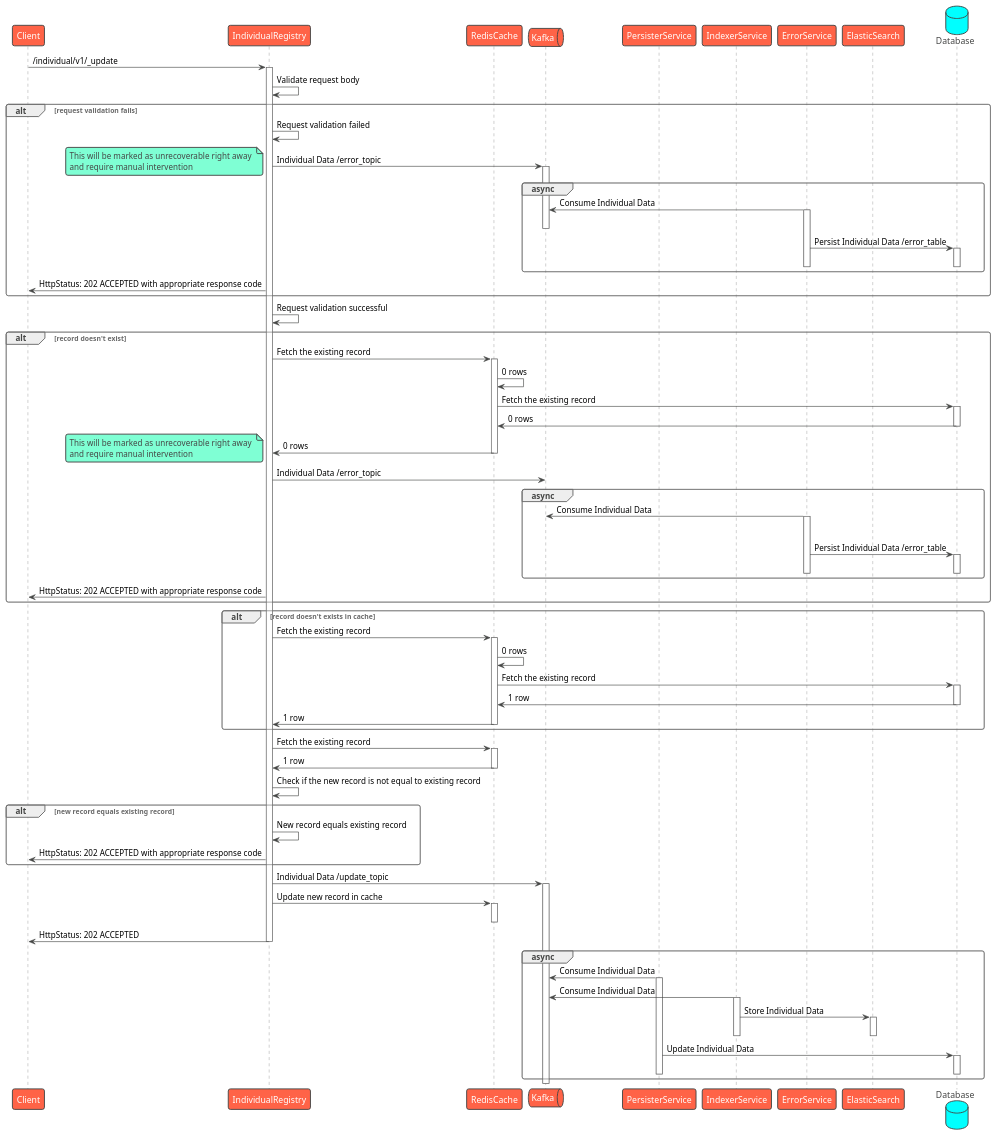
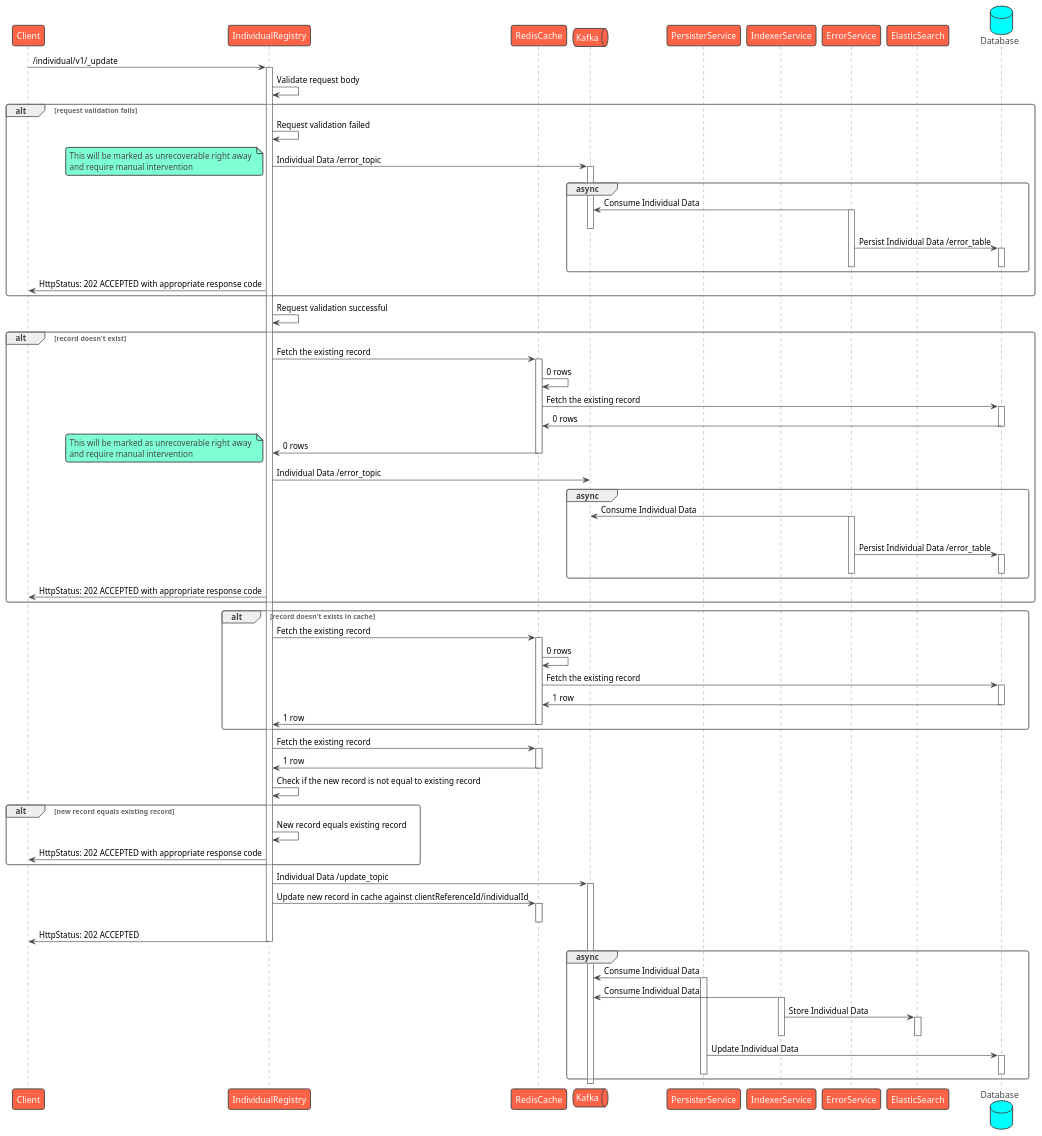
One commit to egovernments/health-api-specs changed the diagram in contracts/registries/individual/sequence/update.puml. Above: the diagram before and after it, drawn with PlantUML. The commit also changed 5 other files, not shown here.

Commit message:
Sequence: Replaced txnId with clientReferenceId

```diff
--- a/contracts/registries/individual/sequence/update.puml
+++ b/contracts/registries/individual/sequence/update.puml
@@ -1,103 +1,103 @@
 @startuml Individual Registry - Update
 !theme vibrant
 participant Client as c
 participant IndividualRegistry as ir
 participant RedisCache as rc
 queue Kafka as k
 participant PersisterService as prs
 participant IndexerService as idx
 participant ErrorService as es
 participant ElasticSearch as el
 database Database as db
 c -> ir : /individual/v1/_update
 activate ir
 ir -> ir: Validate request body
 alt request validation fails
     ir -> ir: Request validation failed
     ir -> k: Individual Data /error_topic
     note left
         This will be marked as unrecoverable right away 
         and require manual intervention
     end note
     activate k
     group async
         es -> k: Consume Individual Data
         activate es
         deactivate k
         es -> db: Persist Individual Data /error_table
         activate db
         deactivate db
         deactivate es
     end
     ir -> c: HttpStatus: 202 ACCEPTED with appropriate response code
 end
 ir -> ir: Request validation successful
 alt record doesn't exist
     ir -> rc: Fetch the existing record
     activate rc
     rc -> rc: 0 rows
     rc -> db: Fetch the existing record
     activate db
     db -> rc: 0 rows
     deactivate db
     rc -> ir: 0 rows
     deactivate rc
     note left
         This will be marked as unrecoverable right away 
         and require manual intervention
     end note
     ir -> k: Individual Data /error_topic
     group async
         es -> k: Consume Individual Data
         activate es
         deactivate k
         es -> db: Persist Individual Data /error_table
         activate db
         deactivate db
         deactivate es
     end
     ir -> c: HttpStatus: 202 ACCEPTED with appropriate response code
 end
 alt record doesn't exists in cache
     ir -> rc: Fetch the existing record
     activate rc
     rc -> rc: 0 rows
     rc -> db: Fetch the existing record
     activate db
     db -> rc: 1 row
     deactivate db
     rc -> ir: 1 row
     deactivate rc
 end
 ir -> rc: Fetch the existing record
 activate rc
 rc -> ir: 1 row
 deactivate rc
 ir -> ir: Check if the new record is not equal to existing record
 alt new record equals existing record
     ir -> ir: New record equals existing record
     ir -> c: HttpStatus: 202 ACCEPTED with appropriate response code
 end
 ir -> k: Individual Data /update_topic
 activate k
-ir -> rc: Update new record in cache
+ir -> rc: Update new record in cache against clientReferenceId/individualId
 activate rc
 deactivate rc
 ir -> c: HttpStatus: 202 ACCEPTED
 deactivate ir
 group async
     prs -> k: Consume Individual Data
     activate prs
     idx -> k: Consume Individual Data
     activate idx
     idx -> el: Store Individual Data
     activate el
     deactivate el
     deactivate idx
     prs -> db: Update Individual Data
     activate db
     deactivate db
     deactivate prs
 end
 deactivate k
 @enduml
```
